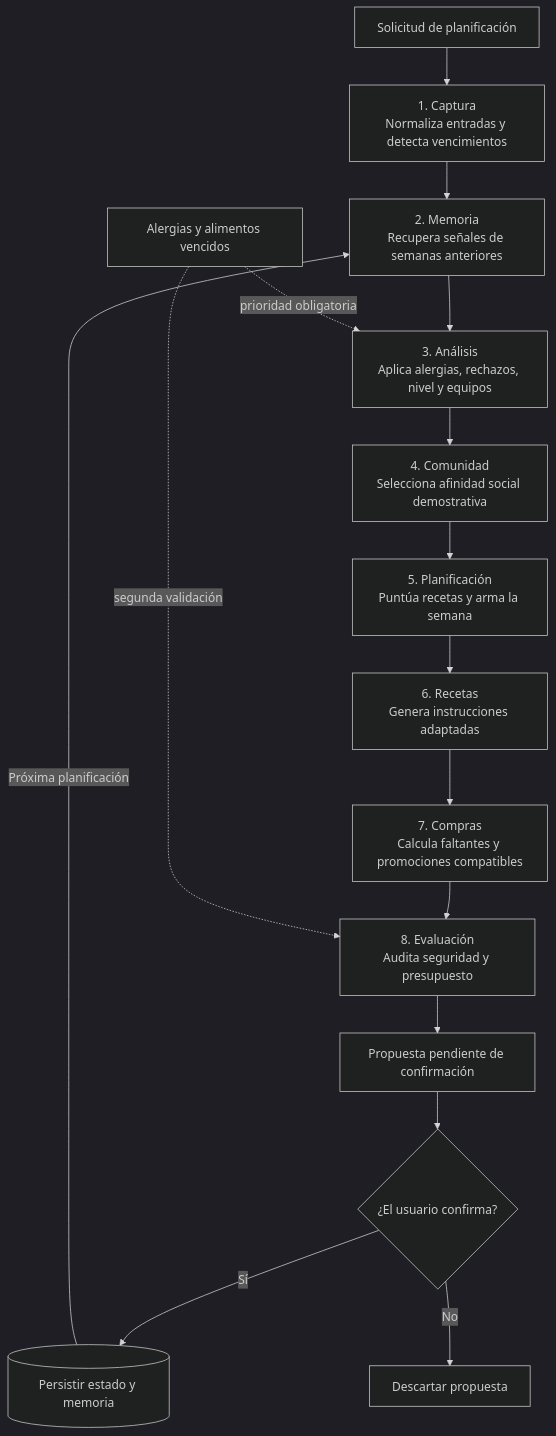
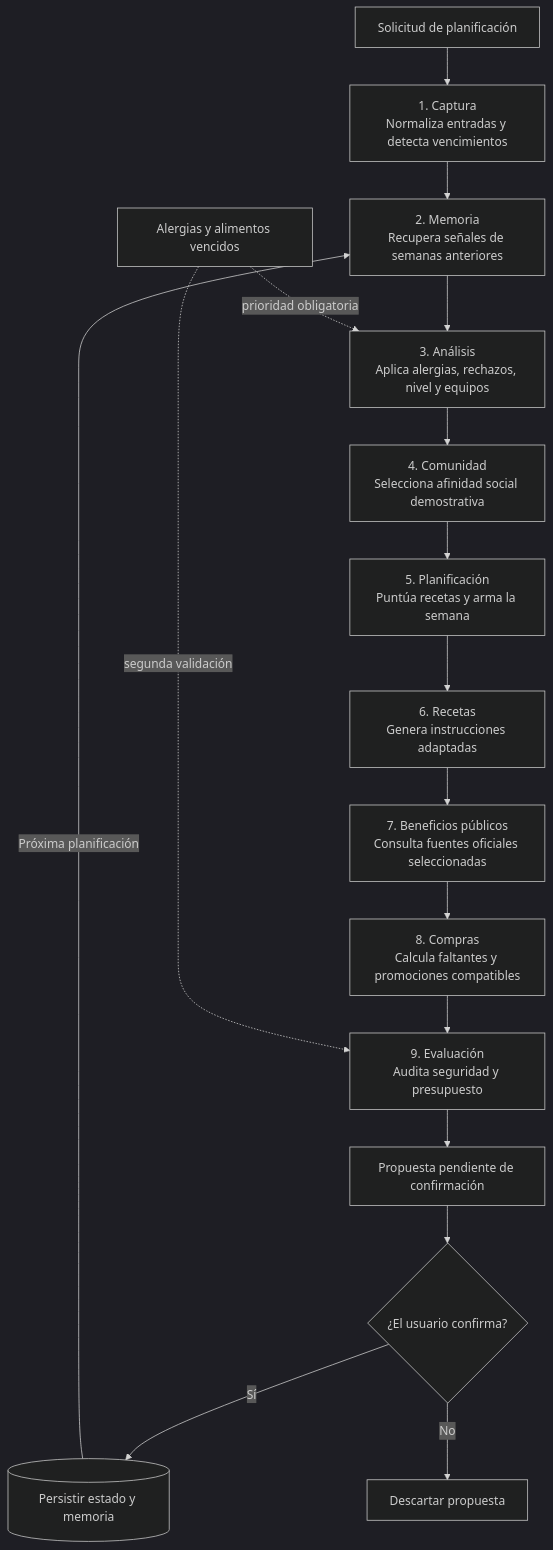
Before and after one commit to LautyDe/Entrega-CursoIA: the second of 3 diagrams in docs/arquitectura.md, drawn with Mermaid (dark theme). The commit also changed other lines of this file and 13 other files, not shown here.

````diff
--- a/docs/arquitectura.md
+++ b/docs/arquitectura.md
@@ -64,19 +65,20 @@
 ```mermaid
 flowchart TD
     IN[Solicitud de planificación] --> A1
     A1[1. Captura<br/>Normaliza entradas y detecta vencimientos] --> A2
     A2[2. Memoria<br/>Recupera señales de semanas anteriores] --> A3
     A3[3. Análisis<br/>Aplica alergias, rechazos, nivel y equipos] --> A4
     A4[4. Comunidad<br/>Selecciona afinidad social demostrativa] --> A5
     A5[5. Planificación<br/>Puntúa recetas y arma la semana] --> A6
     A6[6. Recetas<br/>Genera instrucciones adaptadas] --> A7
-    A7[7. Compras<br/>Calcula faltantes y promociones compatibles] --> A8
-    A8[8. Evaluación<br/>Audita seguridad y presupuesto] --> OUT
+    A7[7. Beneficios públicos<br/>Consulta fuentes oficiales seleccionadas] --> A8
+    A8[8. Compras<br/>Calcula faltantes y promociones compatibles] --> A9
+    A9[9. Evaluación<br/>Audita seguridad y presupuesto] --> OUT
     OUT[Propuesta pendiente de confirmación] --> DEC{¿El usuario confirma?}
     DEC -->|Sí| MEM[(Persistir estado y memoria)]
     DEC -->|No| END[Descartar propuesta]
     MEM -->|Próxima planificación| A2
 
     SAFE[Alergias y alimentos vencidos] -. prioridad obligatoria .-> A3
-    SAFE -. segunda validación .-> A8
+    SAFE -. segunda validación .-> A9
 ```
````
